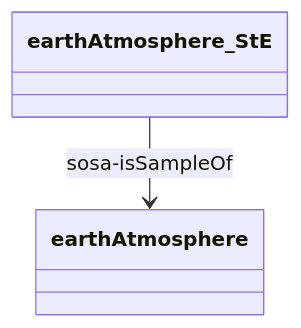
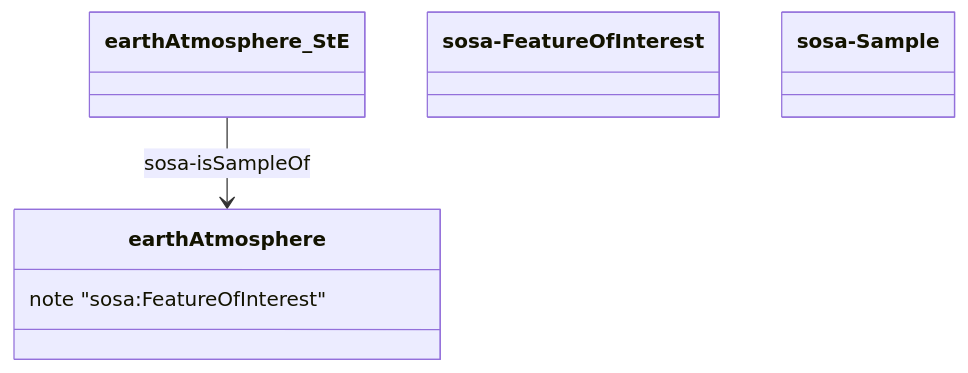
Before and after one commit to DataCoveEU/FAIRiTRASH: the diagram in Test/Example.md, drawn with Mermaid.

````diff
--- a/Test/Example.md
+++ b/Test/Example.md
@@ -4,11 +4,16 @@
 ```mermaid
 classDiagram
    class earthAtmosphere{
+      note "sosa:FeatureOfInterest"
     }
     class earthAtmosphere_StE{
+    }
+    class sosa-FeatureOfInterest{
+    }
+    class sosa-Sample{
     }
     
     earthAtmosphere_StE --> earthAtmosphere: sosa-isSampleOf
 
     
 ```
````
